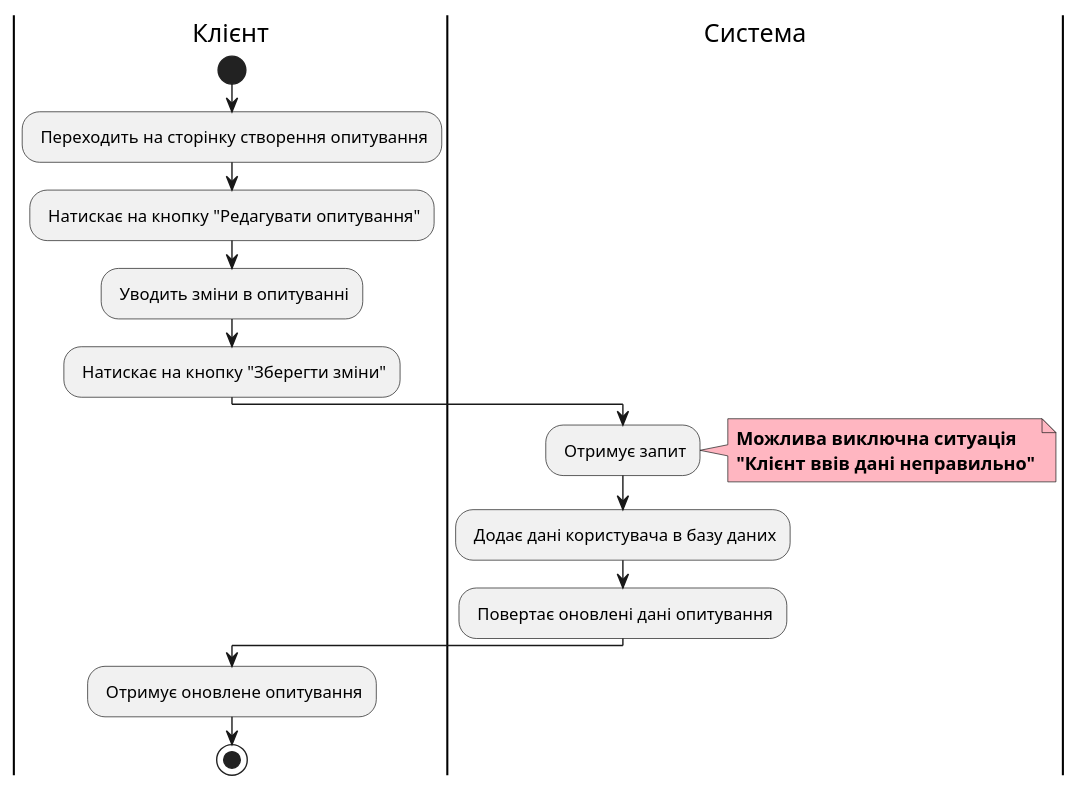
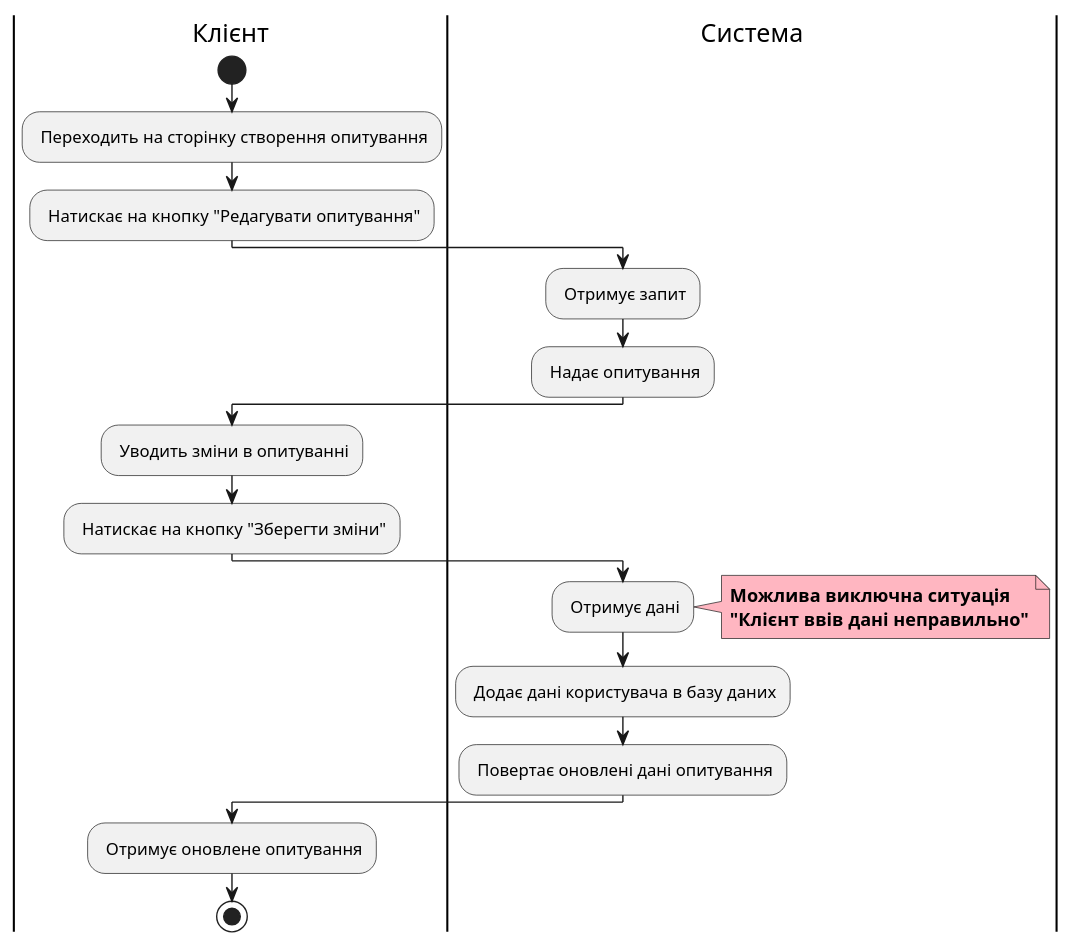
One commit to kujo205/db_labs changed the eighth of 12 diagrams in docs/use cases/README.md. Above: the diagram before and after it, drawn with PlantUML. The commit also changed other lines of this file and 1 other file, not shown here.

```diff
--- a/docs/use cases/README.md
+++ b/docs/use cases/README.md
@@ -315,26 +326,31 @@
 @startuml
 
   |Клієнт|
   start
   : Переходить на сторінку створення опитування; 
   : Натискає на кнопку "Редагувати опитування";
+
+  |Система|
+  : Отримує запит;
+  : Надає опитування;
+
+  |Клієнт|
   : Уводить зміни в опитуванні;
   : Натискає на кнопку "Зберегти зміни";
 
-
   |Система|
-  : Отримує запит;
+  : Отримує дані;
 
   note right #lightpink
     <b>Можлива виключна ситуація</b>
     <b>"Клієнт ввів дані неправильно"</b>
   end note
 
   : Додає дані користувача в базу даних;
   : Повертає оновлені дані опитування;
 
   |Клієнт|
   : Отримує оновлене опитування;
   stop
 
 @enduml
```
